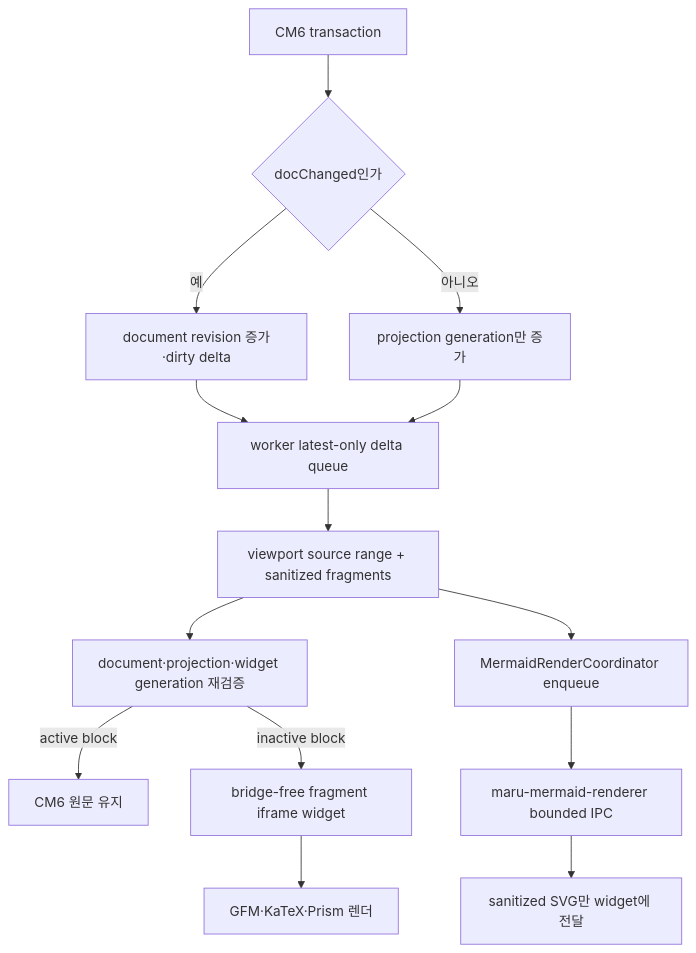
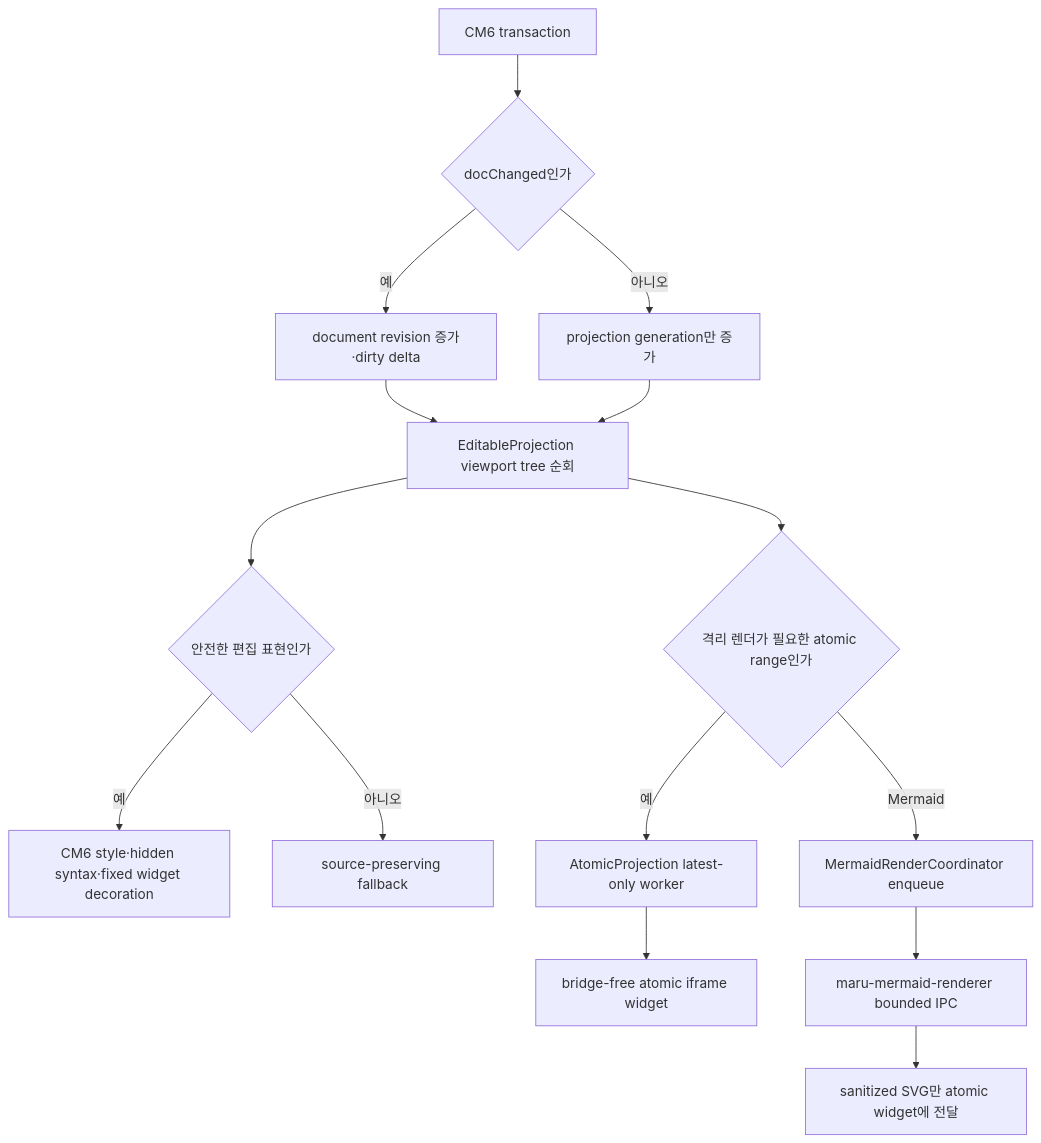
The first of 2 diagrams in docs/file-panel.md (ohah/maru), drawn with Mermaid before and after one commit. The commit also changed other lines of this file and 3 other files, not shown here.

````diff
--- a/docs/file-panel.md
+++ b/docs/file-panel.md
@@ -71,16 +73,17 @@
 ```mermaid
 flowchart TD
     A["CM6 transaction"] --> B{"docChanged인가"}
     B -->|예| C["document revision 증가·dirty delta"]
     B -->|아니오| D["projection generation만 증가"]
-    C --> E["worker latest-only delta queue"]
+    C --> E["EditableProjection viewport tree 순회"]
     D --> E
-    E --> F["viewport source range + sanitized fragments"]
-    F --> G["document·projection·widget generation 재검증"]
-    G -->|active block| H["CM6 원문 유지"]
-    G -->|inactive block| I["bridge-free fragment iframe widget"]
-    I --> J["GFM·KaTeX·Prism 렌더"]
-    F --> K["MermaidRenderCoordinator enqueue"]
-    K --> L["maru-mermaid-renderer bounded IPC"]
-    L --> M["sanitized SVG만 widget에 전달"]
+    E --> F{"안전한 편집 표현인가"}
+    F -->|예| G["CM6 style·hidden syntax·fixed widget decoration"]
+    F -->|아니오| H["source-preserving fallback"]
+    E --> I{"격리 렌더가 필요한 atomic range인가"}
+    I -->|예| J["AtomicProjection latest-only worker"]
+    J --> K["bridge-free atomic iframe widget"]
+    I -->|Mermaid| L["MermaidRenderCoordinator enqueue"]
+    L --> M["maru-mermaid-renderer bounded IPC"]
+    M --> N["sanitized SVG만 atomic widget에 전달"]
 ```
````
